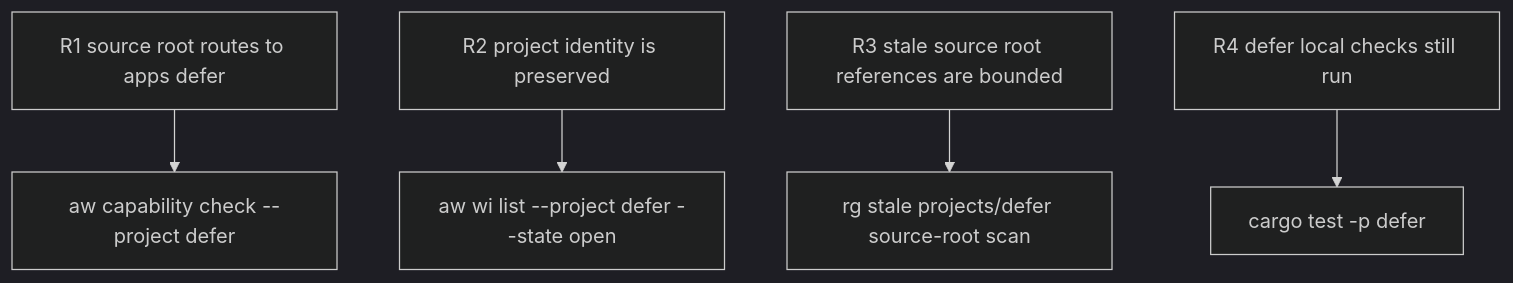
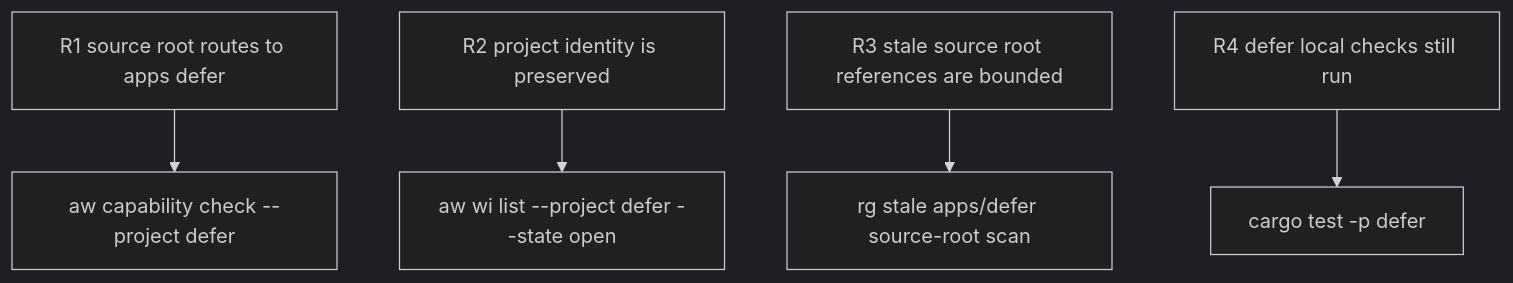
The second of 2 diagrams in tech-design/logic/repo-taxonomy-move-defer-from-projects-defer-to-apps-defer.md (faberline/defer), drawn with Mermaid (dark theme) before and after one commit. The commit also changed other lines of this file and 9 other files, not shown here.

Commit message:
chore(repo): move app roots under apps (#1265)

````diff
--- a/tech-design/logic/repo-taxonomy-move-defer-from-projects-defer-to-apps-defer.md
+++ b/tech-design/logic/repo-taxonomy-move-defer-from-projects-defer-to-apps-defer.md
@@ -150,35 +150,35 @@
 ```mermaid
 ---
 id: defer-app-source-root-taxonomy-verification
 requirements:
   defer_local_checks_still_run:
     id: R4
     text: "Defer's targeted local verification continues to run after the source-root move."
     kind: functional
     risk: medium
     verify: cargo test -p defer
   project_identity_is_preserved:
     id: R2
-    text: "The migration preserves AW project name defer, GitHub label app:defer, persistent branch project-defer, and the projects/defer/tech-design TD bucket."
+    text: "The migration preserves AW project name defer, GitHub label app:defer, persistent branch project-defer, and the apps/defer/tech-design TD bucket."
     kind: regression
     risk: medium
     verify: aw wi list --project defer --state open
   source_root_routes_to_apps_defer:
     id: R1
-    text: "Repository routing resolves Defer's live app source root through apps/defer rather than projects/defer."
+    text: "Repository routing resolves Defer's live app source root through apps/defer rather than apps/defer."
     kind: functional
     risk: high
     verify: aw capability check --project defer
   stale_source_root_references_are_bounded:
     id: R3
-    text: "No live source-root command or routing artifact emits projects/defer except intentionally preserved TD or historical references."
+    text: "No live source-root command or routing artifact emits apps/defer except intentionally preserved TD or historical references."
     kind: regression
     risk: medium
-    verify: rg stale projects/defer source-root scan
+    verify: rg stale apps/defer source-root scan
 ---
 flowchart TD
     r1[R1 source root routes to apps defer] --> aw_capability_check_project_defer[aw capability check --project defer]
     r2[R2 project identity is preserved] --> aw_wi_list_project_defer_state_open[aw wi list --project defer --state open]
-    r3[R3 stale source root references are bounded] --> rg_stale_projects_defer_source_root_scan[rg stale projects/defer source-root scan]
+    r3[R3 stale source root references are bounded] --> rg_stale_projects_defer_source_root_scan[rg stale apps/defer source-root scan]
     r4[R4 defer local checks still run] --> cargo_test_p_defer[cargo test -p defer]
 ```
````
